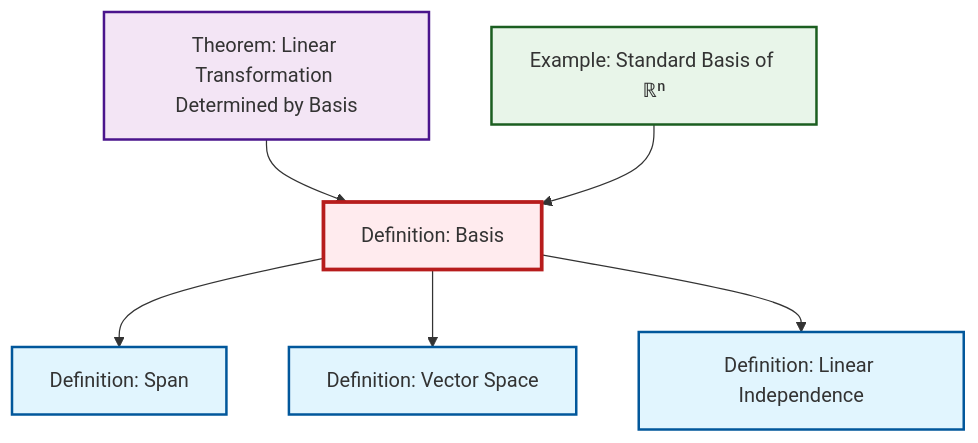
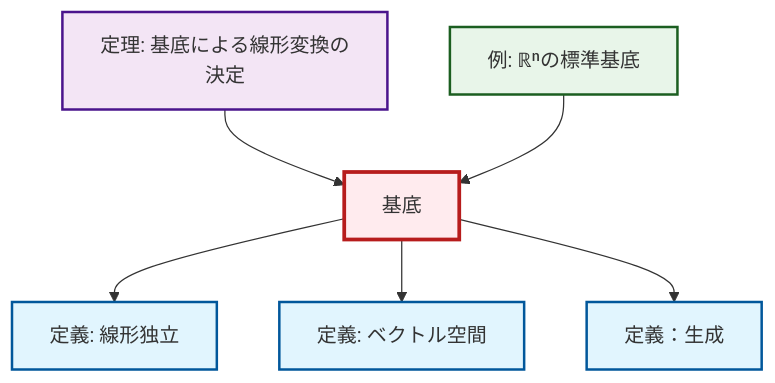
The diagram in content/ja/algebra/def-basis.qmd (RK0429/ModernMath), drawn with Mermaid before and after one commit. The commit also changed 1069 other files, not shown here.

````diff
--- a/content/ja/algebra/def-basis.qmd
+++ b/content/ja/algebra/def-basis.qmd
@@ -56,26 +56,26 @@
 ```{mermaid}
 %%| fig-cap: "Local dependency graph"
 graph TD
     classDef definition fill:#e1f5fe,stroke:#01579b,stroke-width:2px
     classDef theorem fill:#f3e5f5,stroke:#4a148c,stroke-width:2px
     classDef axiom fill:#fff3e0,stroke:#e65100,stroke-width:2px
     classDef example fill:#e8f5e9,stroke:#1b5e20,stroke-width:2px
     classDef current fill:#ffebee,stroke:#b71c1c,stroke-width:3px
-    ex-standard-basis-rn["Example: Standard Basis of ℝⁿ"]:::example
-    def-span["Definition: Span"]:::definition
-    def-basis["Definition: Basis"]:::definition
-    def-linear-independence["Definition: Linear Independence"]:::definition
-    thm-linear-transformation-basis["Theorem: Linear Transformation Determined by Basis"]:::theorem
-    def-vector-space["Definition: Vector Space"]:::definition
+    thm-linear-transformation-basis["定理: 基底による線形変換の決定"]:::theorem
+    def-vector-space["定義: ベクトル空間"]:::definition
+    def-basis["基底"]:::definition
+    def-span["定義：生成"]:::definition
+    ex-standard-basis-rn["例: ℝⁿの標準基底"]:::example
+    def-linear-independence["定義: 線形独立"]:::definition
+    def-basis --> def-linear-independence
+    def-basis --> def-vector-space
+    thm-linear-transformation-basis --> def-basis
     def-basis --> def-span
-    def-basis --> def-vector-space
-    def-basis --> def-linear-independence
-    thm-linear-transformation-basis --> def-basis
     ex-standard-basis-rn --> def-basis
     class def-basis current
-    click ex-standard-basis-rn "ex-standard-basis-rn.html" "Example: Standard Basis of ℝⁿへ"
-    click def-span "def-span.html" "Definition: Spanへ"
-    click def-linear-independence "def-linear-independence.html" "Definition: Linear Independenceへ"
-    click thm-linear-transformation-basis "thm-linear-transformation-basis.html" "Theorem: Linear Transformation Determined by Basisへ"
-    click def-vector-space "def-vector-space.html" "Definition: Vector Spaceへ"
+    click thm-linear-transformation-basis "thm-linear-transformation-basis.html" "基底による線形変換の決定の定理へ"
+    click def-vector-space "def-vector-space.html" "ベクトル空間の定義へ"
+    click def-span "def-span.html" "定義：生成へ"
+    click ex-standard-basis-rn "ex-standard-basis-rn.html" "ℝⁿの標準基底の例へ"
+    click def-linear-independence "def-linear-independence.html" "線形独立の定義へ"
 ```
````
